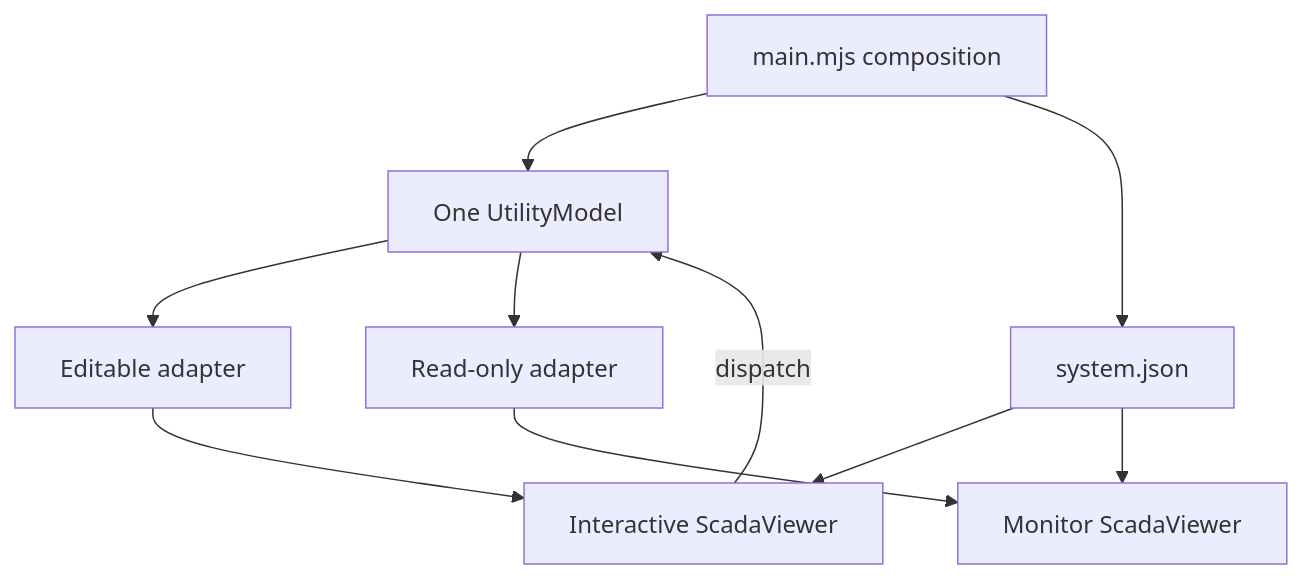
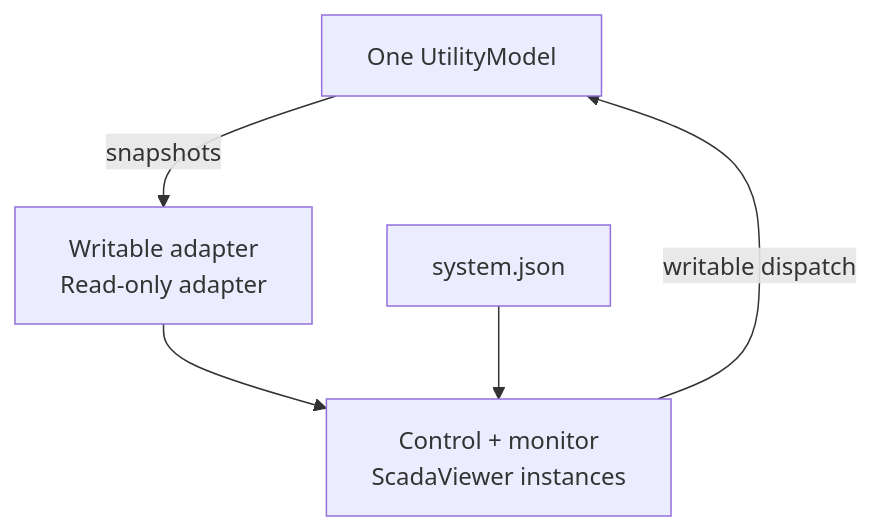
Before and after one commit to Valpatel/cad-agent: the diagram in software/cadagent/webkit/scada/ui/examples/viewer/README.md, drawn with Mermaid. The commit also changed 27 other files, not shown here.

````diff
--- a/software/cadagent/webkit/scada/ui/examples/viewer/README.md
+++ b/software/cadagent/webkit/scada/ui/examples/viewer/README.md
@@ -16,12 +16,7 @@
 ```mermaid
 flowchart TD
-  main[main.mjs composition] --> model[One UtilityModel]
-  main --> definition[system.json]
-  model --> editable[Editable adapter]
-  model --> readonly[Read-only adapter]
-  editable --> viewer[Interactive ScadaViewer]
-  readonly --> monitor[Monitor ScadaViewer]
-  definition --> viewer
-  definition --> monitor
-  viewer -->|dispatch| model
+  Model["One UtilityModel"] -->|"snapshots"| Adapters["Writable adapter<br/>Read-only adapter"]
+  Adapters --> Views["Control + monitor<br/>ScadaViewer instances"]
+  Definition["system.json"] --> Views
+  Views -->|"writable dispatch"| Model
 ```
````
